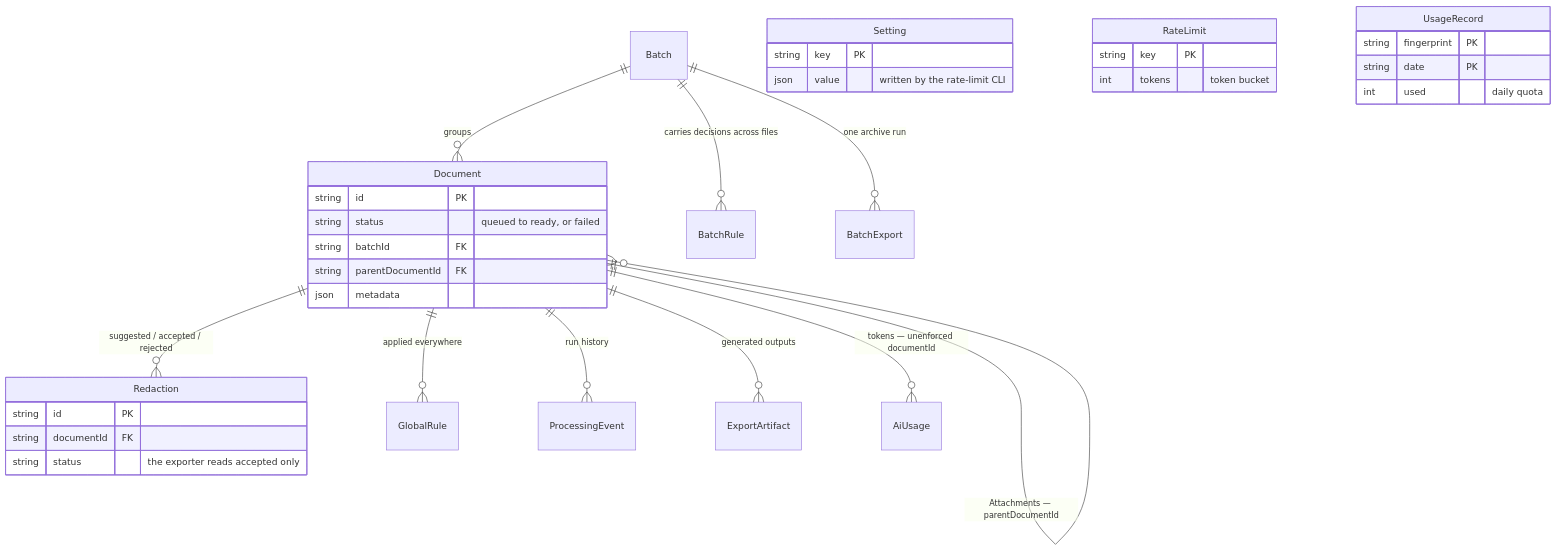
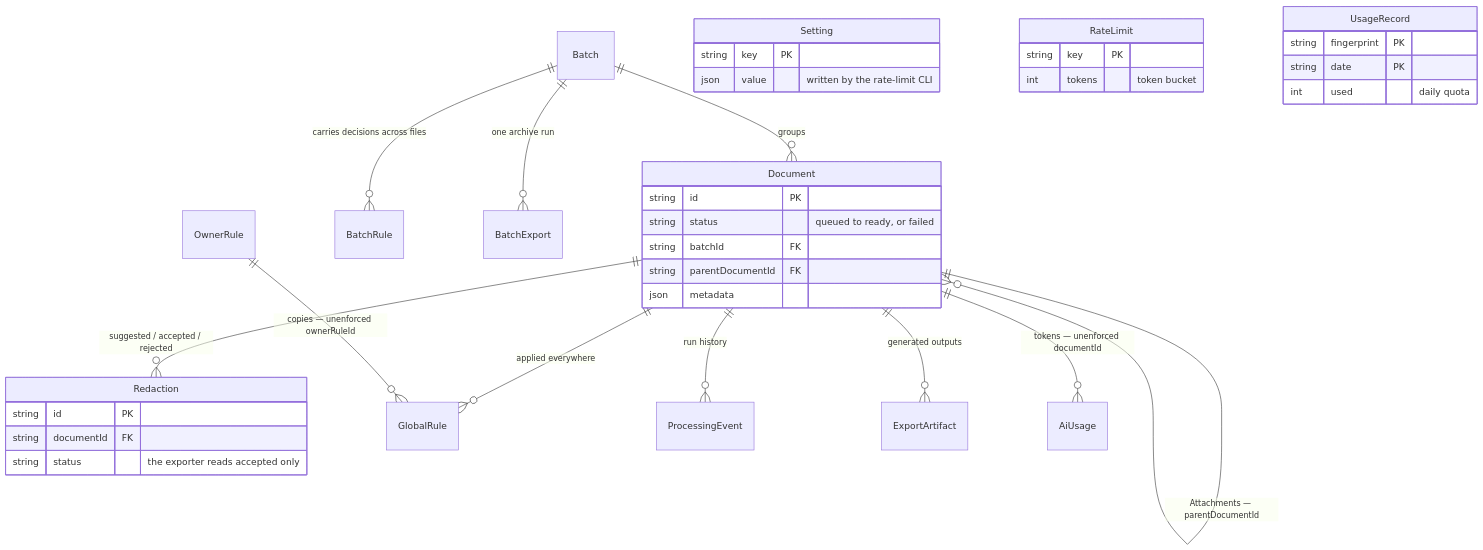
Before and after one commit to Anonify-v2-0/Anonify2.0: the diagram in docs/data-model.md, drawn with Mermaid. The commit also changed other lines of this file and 75 other files, not shown here.

````diff
--- a/docs/data-model.md
+++ b/docs/data-model.md
@@ -31,38 +31,39 @@
 ```mermaid
 erDiagram
     Batch ||--o{ Document : groups
     Batch ||--o{ BatchRule : "carries decisions across files"
     Batch ||--o{ BatchExport : "one archive run"
     Document ||--o{ Document : "Attachments — parentDocumentId"
     Document ||--o{ Redaction : "suggested / accepted / rejected"
     Document ||--o{ GlobalRule : "applied everywhere"
+    OwnerRule ||--o{ GlobalRule : "copies — unenforced ownerRuleId"
     Document ||--o{ ProcessingEvent : "run history"
     Document ||--o{ ExportArtifact : "generated outputs"
     Document ||--o{ AiUsage : "tokens — unenforced documentId"
 
     Document {
         string id PK
         string status "queued to ready, or failed"
         string batchId FK
         string parentDocumentId FK
         json metadata
     }
     Redaction {
         string id PK
         string documentId FK
         string status "the exporter reads accepted only"
     }
     Setting {
         string key PK
         json value "written by the rate-limit CLI"
     }
     RateLimit {
         string key PK
         int tokens "token bucket"
     }
     UsageRecord {
         string fingerprint PK
         string date PK
         int used "daily quota"
     }
 ```
````
